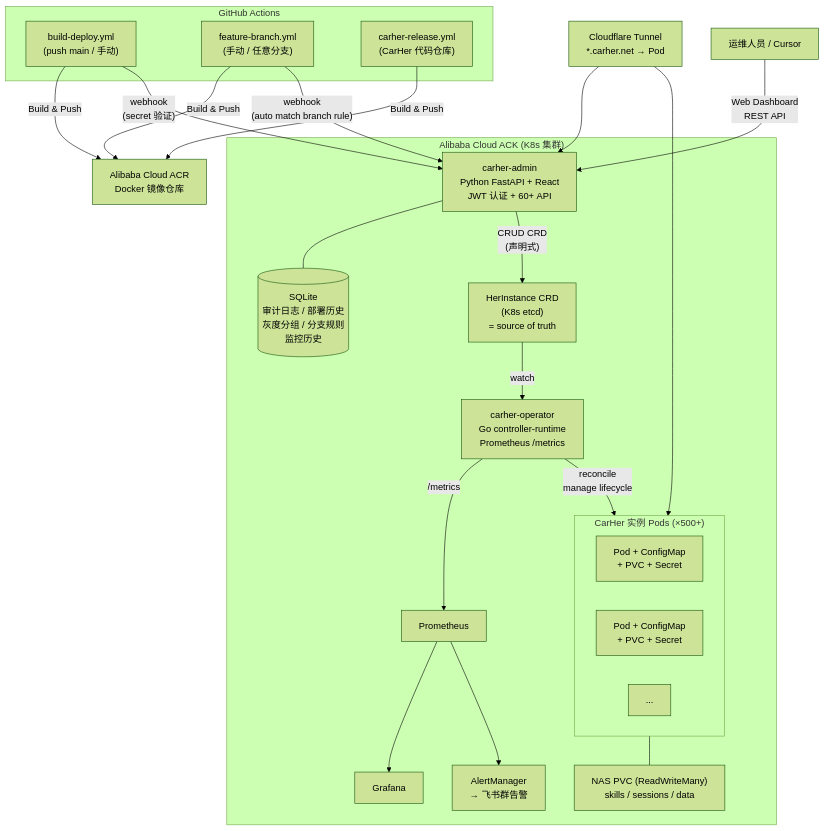
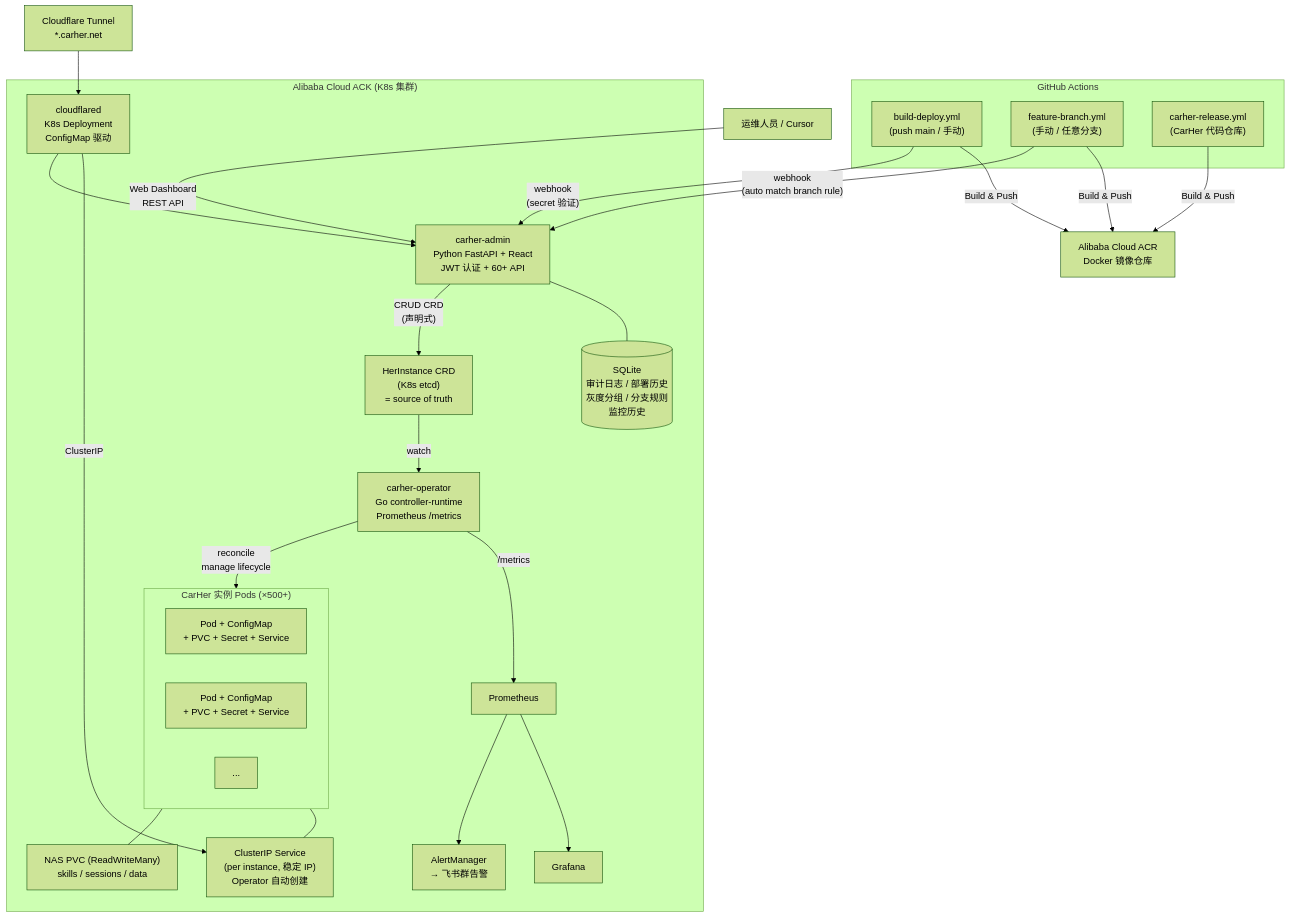
One commit to guangzhou/carher-admin changed the first of 9 diagrams in README.md. Above: the diagram before and after it, drawn with Mermaid (forest theme). The commit also changed other lines of this file and 2 other files, not shown here.

First line of the commit message:
feat: add image tag column to instance list + update docs

````diff
--- a/README.md
+++ b/README.md
@@ -7,51 +7,57 @@
 ```mermaid
 graph TB
     subgraph GH["GitHub Actions"]
         GH1["build-deploy.yml<br/>(push main / 手动)"]
         GH2["feature-branch.yml<br/>(手动 / 任意分支)"]
         GH3["carher-release.yml<br/>(CarHer 代码仓库)"]
     end
 
     ACR["Alibaba Cloud ACR<br/>Docker 镜像仓库"]
     GH1 -->|"Build & Push"| ACR
     GH2 -->|"Build & Push"| ACR
     GH3 -->|"Build & Push"| ACR
     GH1 -->|"webhook<br/>(secret 验证)"| Admin
     GH2 -->|"webhook<br/>(auto match branch rule)"| Admin
 
     subgraph K8S["Alibaba Cloud ACK (K8s 集群)"]
         Admin["carher-admin<br/>Python FastAPI + React<br/>JWT 认证 + 60+ API"]
         DB[("SQLite<br/>审计日志 / 部署历史<br/>灰度分组 / 分支规则<br/>监控历史")]
         Admin --- DB
 
         CRD["HerInstance CRD<br/>(K8s etcd)<br/>= source of truth"]
         Admin -->|"CRUD CRD<br/>(声明式)"| CRD
 
         Operator["carher-operator<br/>Go controller-runtime<br/>Prometheus /metrics"]
         CRD -->|"watch"| Operator
 
         subgraph Pods["CarHer 实例 Pods (×500+)"]
-            P1["Pod + ConfigMap<br/>+ PVC + Secret"]
-            P2["Pod + ConfigMap<br/>+ PVC + Secret"]
+            P1["Pod + ConfigMap<br/>+ PVC + Secret + Service"]
+            P2["Pod + ConfigMap<br/>+ PVC + Secret + Service"]
             P3["..."]
         end
         Operator -->|"reconcile<br/>manage lifecycle"| Pods
+
+        SVC["ClusterIP Service<br/>(per instance, 稳定 IP)<br/>Operator 自动创建"]
+        Pods --- SVC
 
         NAS["NAS PVC (ReadWriteMany)<br/>skills / sessions / data"]
         Pods --- NAS
 
         Prom["Prometheus"]
         Operator -->|"/metrics"| Prom
         Grafana["Grafana"]
         Prom --> Grafana
         Alert["AlertManager<br/>→ 飞书群告警"]
         Prom --> Alert
+
+        CFD["cloudflared<br/>K8s Deployment<br/>ConfigMap 驱动"]
+        CFD -->|"ClusterIP"| SVC
+        CFD --> Admin
     end
 
-    CF["Cloudflare Tunnel<br/>*.carher.net → Pod"]
-    CF --> Pods
-    CF --> Admin
+    CF["Cloudflare Tunnel<br/>*.carher.net"]
+    CF --> CFD
 
     User["运维人员 / Cursor"]
     User -->|"Web Dashboard<br/>REST API"| Admin
 ```
````
